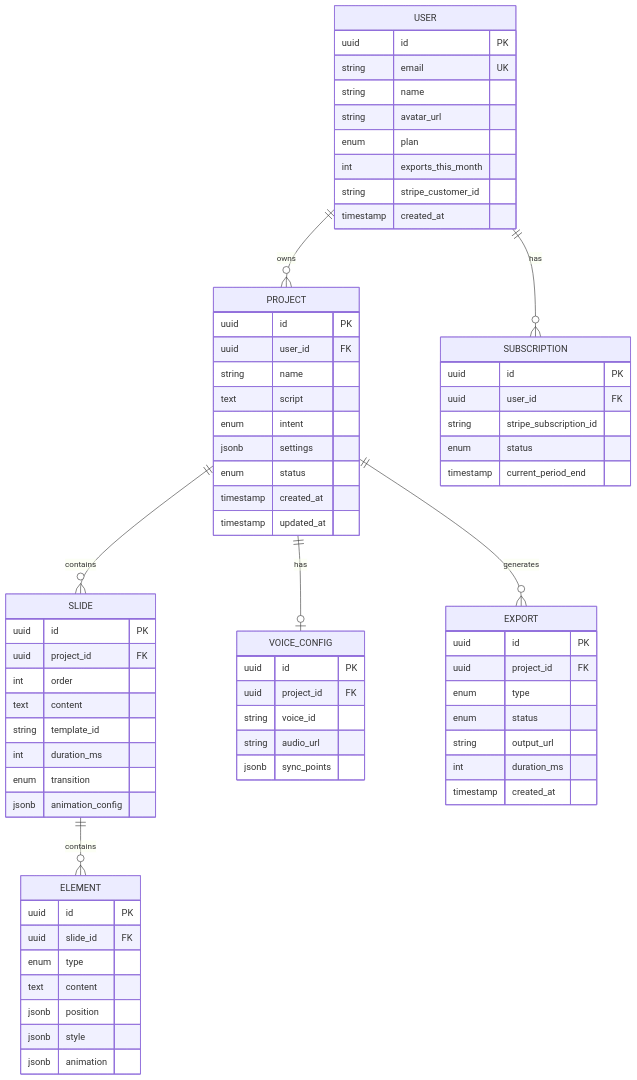
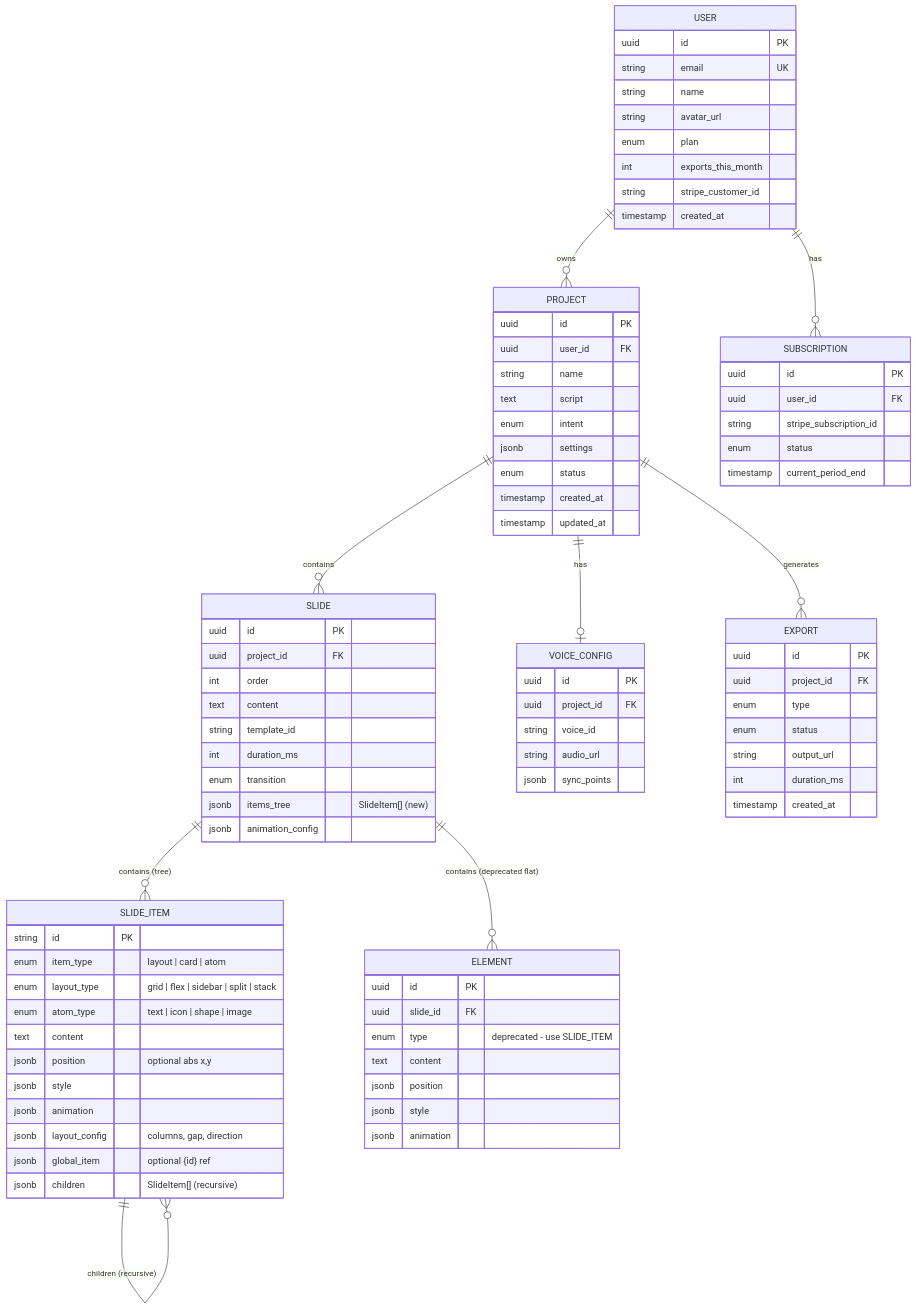
Before and after one commit to EvgenyEMK/visual-story: the fourth of 8 diagrams in docs/technical-architecture/overview.md, drawn with Mermaid. The commit also changed other lines of this file and 53 other files, not shown here.

First line of the commit message:
Refactor animation architecture: SlideItem tree, motion.dev, layered SlideFrame, Remotion isolation

```diff
--- a/docs/technical-architecture/overview.md
+++ b/docs/technical-architecture/overview.md
@@ -166,7 +205,9 @@
     USER ||--o{ PROJECT : owns
     USER ||--o{ SUBSCRIPTION : has
     PROJECT ||--o{ SLIDE : contains
-    SLIDE ||--o{ ELEMENT : contains
+    SLIDE ||--o{ SLIDE_ITEM : "contains (tree)"
+    SLIDE ||--o{ ELEMENT : "contains (deprecated flat)"
+    SLIDE_ITEM ||--o{ SLIDE_ITEM : "children (recursive)"
     PROJECT ||--o| VOICE_CONFIG : has
     PROJECT ||--o{ EXPORT : generates
     
@@ -201,13 +242,28 @@
         string template_id
         int duration_ms
         enum transition
+        jsonb items_tree "SlideItem[] (new)"
         jsonb animation_config
+    }
+
+    SLIDE_ITEM {
+        string id PK
+        enum item_type "layout | card | atom"
+        enum layout_type "grid | flex | sidebar | split | stack"
+        enum atom_type "text | icon | shape | image"
+        text content
+        jsonb position "optional abs x,y"
+        jsonb style
+        jsonb animation
+        jsonb layout_config "columns, gap, direction"
+        jsonb global_item "optional {id} ref"
+        jsonb children "SlideItem[] (recursive)"
     }
     
     ELEMENT {
         uuid id PK
         uuid slide_id FK
-        enum type
+        enum type "deprecated - use SLIDE_ITEM"
         text content
         jsonb position
         jsonb style
```
